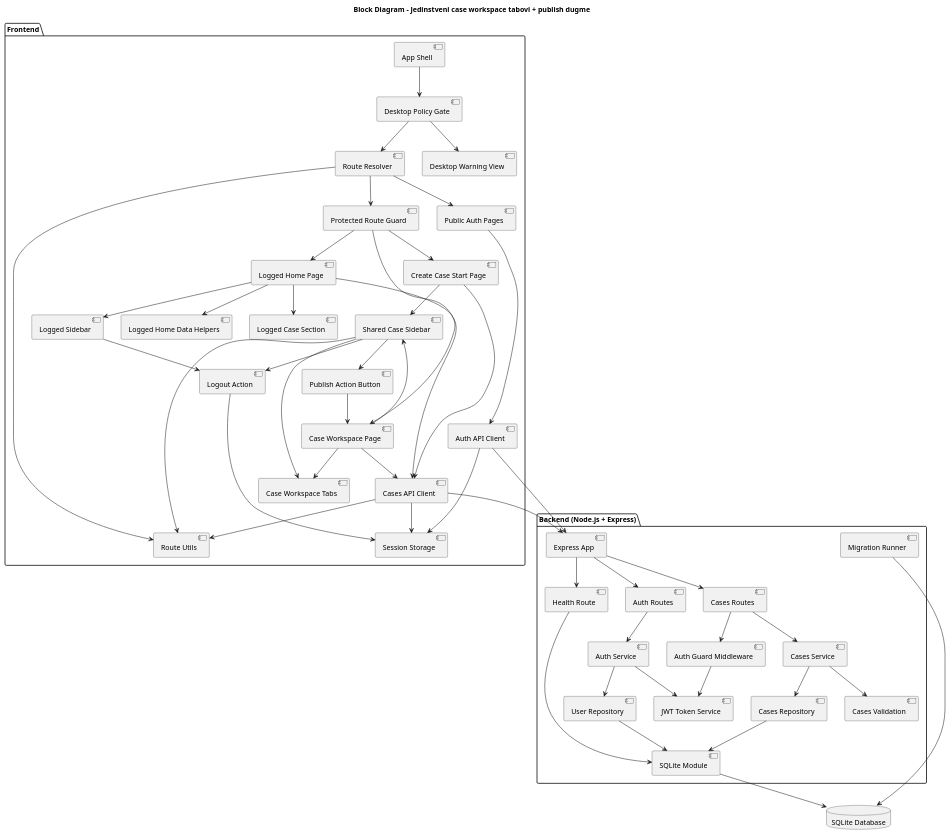
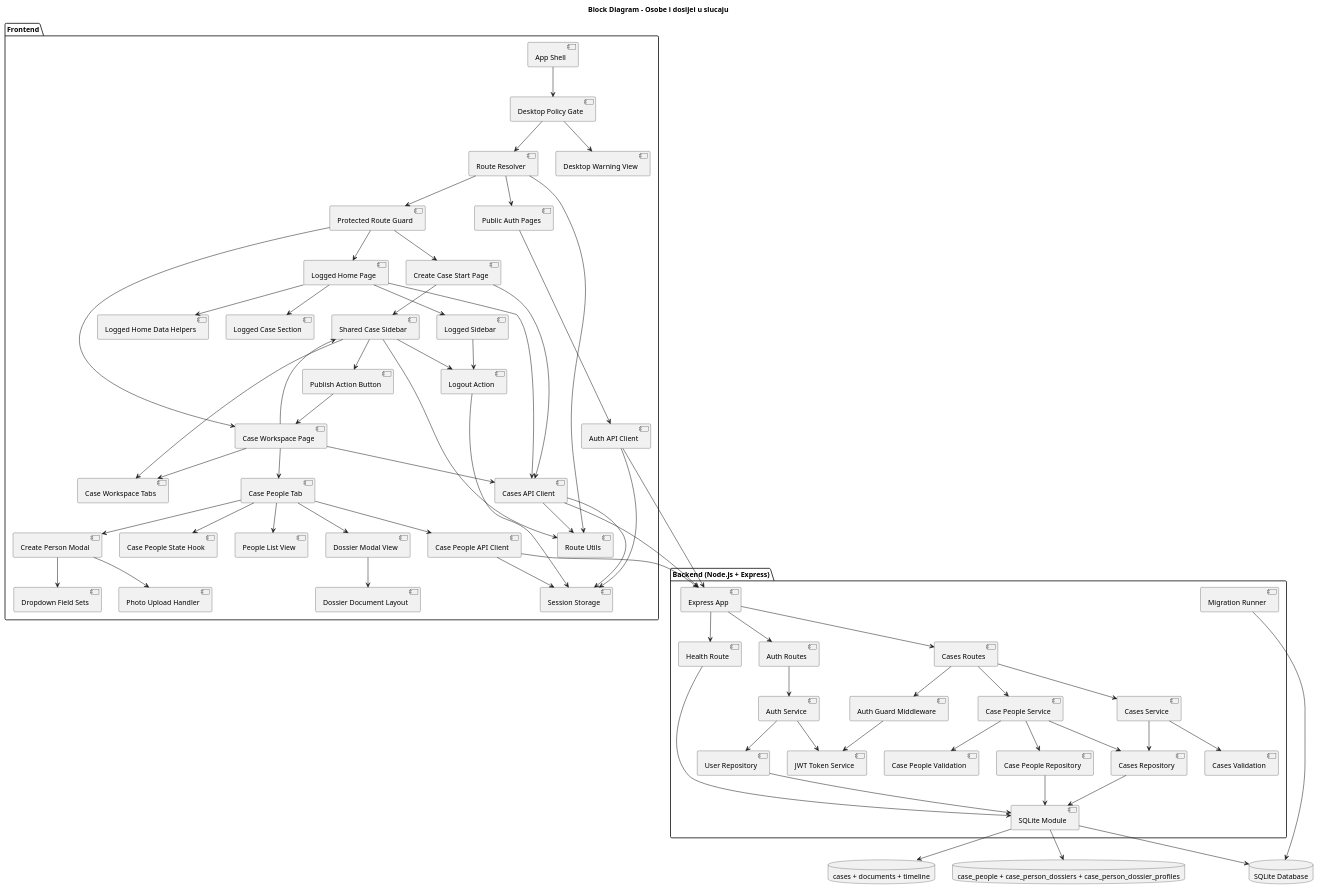
One commit to bagi002/INSPEKTOR changed the diagram in Docs/architecture/block_diagram.puml. Above: the diagram before and after it, drawn with PlantUML. The commit also changed 35 other files, not shown here.

Commit message:
Dodate osobe u sucaju i dosijei osoba

```diff
--- a/Docs/architecture/block_diagram.puml
+++ b/Docs/architecture/block_diagram.puml
@@ -1,96 +1,128 @@
 @startuml Block Diagram
-title Block Diagram - Jedinstveni case workspace tabovi + publish dugme
+title Block Diagram - Osobe i dosijei u slucaju
 
 package "Frontend" {
   [App Shell]
   [Desktop Policy Gate]
   [Route Resolver]
   [Protected Route Guard]
   [Route Utils]
   [Public Auth Pages]
   [Logged Home Page]
   [Logged Case Section]
   [Logged Home Data Helpers]
   [Logged Sidebar]
   [Create Case Start Page]
   [Case Workspace Page]
   [Shared Case Sidebar]
   [Case Workspace Tabs]
+  [Case People Tab]
+  [People List View]
+  [Create Person Modal]
+  [Dropdown Field Sets]
+  [Photo Upload Handler]
+  [Dossier Modal View]
+  [Dossier Document Layout]
+  [Case People State Hook]
   [Publish Action Button]
   [Auth API Client]
   [Cases API Client]
+  [Case People API Client]
   [Session Storage]
   [Logout Action]
   [Desktop Warning View]
 }
 
 package "Backend (Node.js + Express)" {
   [Express App]
   [Auth Routes]
   [Cases Routes]
   [Auth Guard Middleware]
   [Auth Service]
   [Cases Service]
+  [Case People Service]
   [Cases Validation]
+  [Case People Validation]
   [JWT Token Service]
   [User Repository]
   [Cases Repository]
+  [Case People Repository]
   [SQLite Module]
   [Migration Runner]
   [Health Route]
 }
 
 database "SQLite Database" as Db
+database "cases + documents + timeline" as CasesDb
+database "case_people + case_person_dossiers + case_person_dossier_profiles" as PeopleDb
 
 [App Shell] --> [Desktop Policy Gate]
 [Desktop Policy Gate] --> [Route Resolver]
 [Desktop Policy Gate] --> [Desktop Warning View]
 [Route Resolver] --> [Protected Route Guard]
 [Route Resolver] --> [Public Auth Pages]
 [Route Resolver] --> [Route Utils]
 [Protected Route Guard] --> [Logged Home Page]
 [Protected Route Guard] --> [Create Case Start Page]
 [Protected Route Guard] --> [Case Workspace Page]
 [Public Auth Pages] --> [Auth API Client]
 
 [Logged Home Page] --> [Logged Sidebar]
 [Logged Home Page] --> [Logged Case Section]
 [Logged Home Page] --> [Cases API Client]
 [Logged Home Page] --> [Logged Home Data Helpers]
 
 [Create Case Start Page] --> [Shared Case Sidebar]
 [Create Case Start Page] --> [Cases API Client]
 [Case Workspace Page] --> [Shared Case Sidebar]
 [Case Workspace Page] --> [Case Workspace Tabs]
 [Case Workspace Page] --> [Cases API Client]
+[Case Workspace Page] --> [Case People Tab]
+[Case People Tab] --> [People List View]
+[Case People Tab] --> [Create Person Modal]
+[Create Person Modal] --> [Dropdown Field Sets]
+[Create Person Modal] --> [Photo Upload Handler]
+[Case People Tab] --> [Dossier Modal View]
+[Case People Tab] --> [Case People State Hook]
+[Dossier Modal View] --> [Dossier Document Layout]
+[Case People Tab] --> [Case People API Client]
 [Shared Case Sidebar] --> [Case Workspace Tabs]
 [Shared Case Sidebar] --> [Route Utils]
 [Shared Case Sidebar] --> [Publish Action Button]
 [Publish Action Button] --> [Case Workspace Page]
 
 [Auth API Client] --> [Session Storage]
 [Cases API Client] --> [Session Storage]
+[Case People API Client] --> [Session Storage]
 [Cases API Client] --> [Route Utils]
 [Logout Action] --> [Session Storage]
 [Logged Sidebar] --> [Logout Action]
 [Shared Case Sidebar] --> [Logout Action]
 
 [Auth API Client] --> [Express App]
 [Cases API Client] --> [Express App]
+[Case People API Client] --> [Express App]
 [Express App] --> [Auth Routes]
 [Express App] --> [Cases Routes]
 [Express App] --> [Health Route]
 [Auth Routes] --> [Auth Service]
 [Cases Routes] --> [Auth Guard Middleware]
 [Cases Routes] --> [Cases Service]
+[Cases Routes] --> [Case People Service]
 [Auth Guard Middleware] --> [JWT Token Service]
 [Auth Service] --> [JWT Token Service]
 [Auth Service] --> [User Repository]
 [Cases Service] --> [Cases Validation]
 [Cases Service] --> [Cases Repository]
+[Case People Service] --> [Case People Validation]
+[Case People Service] --> [Cases Repository]
+[Case People Service] --> [Case People Repository]
 [User Repository] --> [SQLite Module]
 [Cases Repository] --> [SQLite Module]
+[Case People Repository] --> [SQLite Module]
 [SQLite Module] --> Db
+[SQLite Module] --> CasesDb
+[SQLite Module] --> PeopleDb
 [Migration Runner] --> Db
 [Health Route] --> [SQLite Module]
 @enduml
```
